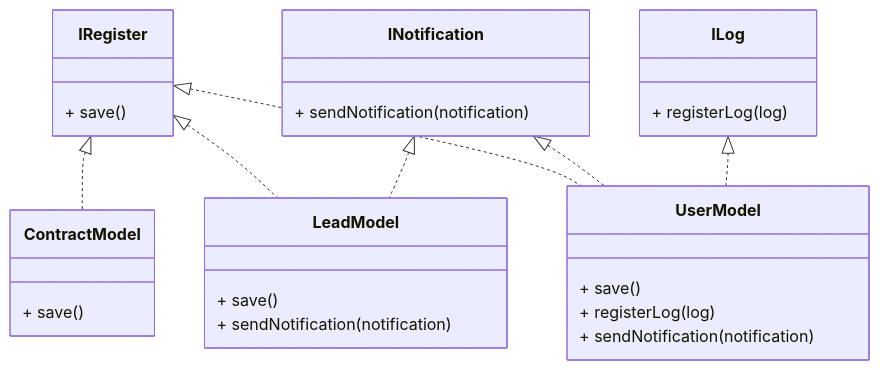
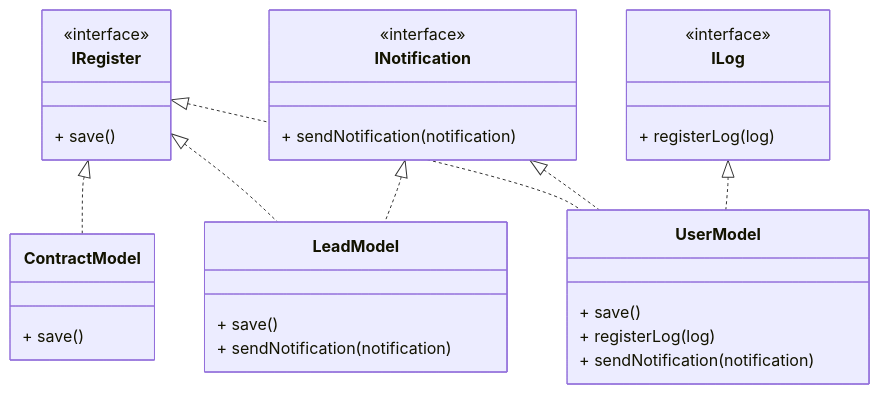
One commit to matheusjuan1/solid-php changed the second of 2 diagrams in app_crm/README.md. Above: the diagram before and after it, drawn with Mermaid. The commit also changed other lines of this file, not shown here.

````diff
--- a/app_crm/README.md
+++ b/app_crm/README.md
@@ -56,37 +57,40 @@
 ```mermaid
 classDiagram
     class IRegister {
+        <<interface>>
         + save()
     }
 
     class ILog {
+        <<interface>>
         + registerLog(log)
     }
 
     class INotification {
+        <<interface>>
         + sendNotification(notification)
     }
 
     class ContractModel {
         + save()
     }
 
     class LeadModel {
         + save()
         + sendNotification(notification)
     }
 
     class UserModel {
         + save()
         + registerLog(log)
         + sendNotification(notification)
     }
 
     IRegister <|.. ContractModel
     IRegister <|.. LeadModel
     IRegister <|.. UserModel
 
     INotification <|.. LeadModel
     INotification <|.. UserModel
     ILog <|.. UserModel
 ```
````
